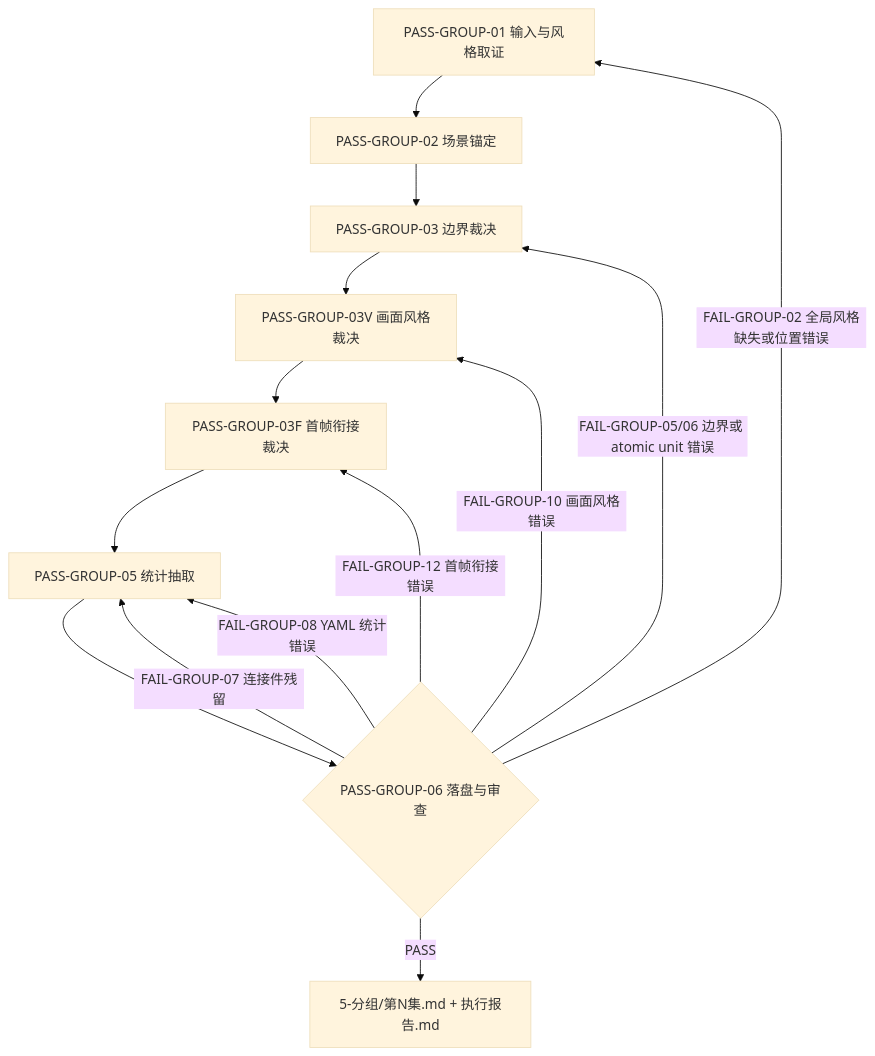
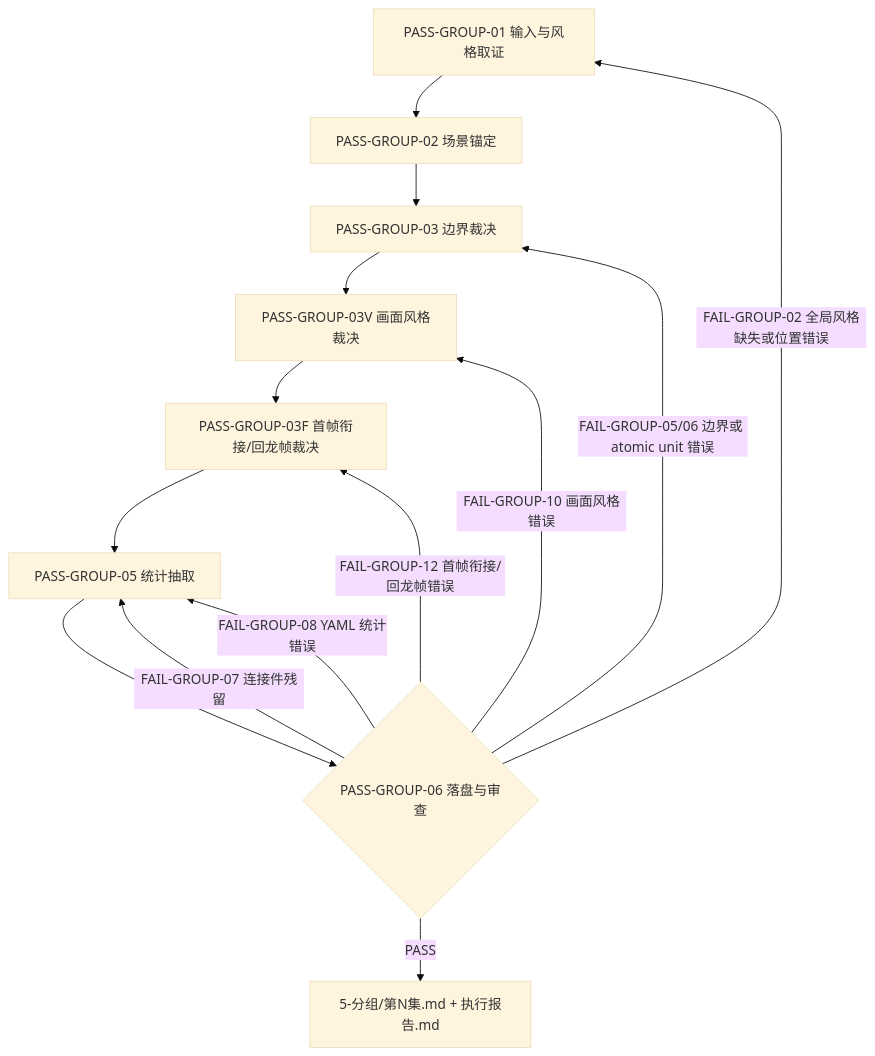
Before and after one commit to ZEN-VOID/AI-CUT: the second of 2 diagrams in .agents/skills/aigc/5-分组/SKILL.md, drawn with Mermaid (base theme). The commit also changed other lines of this file and 31 other files, not shown here.

````diff
--- a/.agents/skills/aigc/5-分组/SKILL.md
+++ b/.agents/skills/aigc/5-分组/SKILL.md
@@ -104,16 +111,16 @@
 ```mermaid
 flowchart TD
     P1["PASS-GROUP-01 输入与风格取证"] --> P2["PASS-GROUP-02 场景锚定"]
     P2 --> P3["PASS-GROUP-03 边界裁决"]
     P3 --> P3V["PASS-GROUP-03V 画面风格裁决"]
-    P3V --> P3F["PASS-GROUP-03F 首帧衔接裁决"]
+    P3V --> P3F["PASS-GROUP-03F 首帧衔接/回龙帧裁决"]
     P3F --> P5["PASS-GROUP-05 统计抽取"]
     P5 --> P6{"PASS-GROUP-06 落盘与审查"}
     P6 -->|"PASS"| O["5-分组/第N集.md + 执行报告.md"]
     P6 -->|"FAIL-GROUP-02 全局风格缺失或位置错误"| P1
     P6 -->|"FAIL-GROUP-10 画面风格错误"| P3V
-    P6 -->|"FAIL-GROUP-12 首帧衔接错误"| P3F
+    P6 -->|"FAIL-GROUP-12 首帧衔接/回龙帧错误"| P3F
     P6 -->|"FAIL-GROUP-05/06 边界或 atomic unit 错误"| P3
     P6 -->|"FAIL-GROUP-07 连接件残留"| P5
     P6 -->|"FAIL-GROUP-08 YAML 统计错误"| P5
 ```
````
